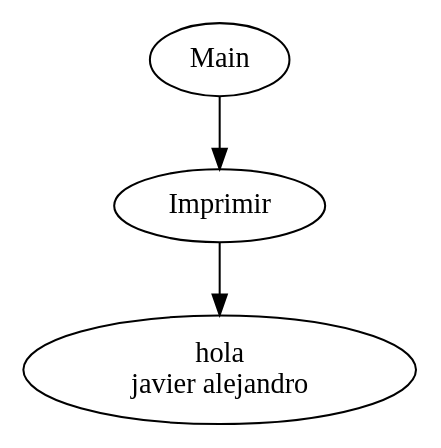
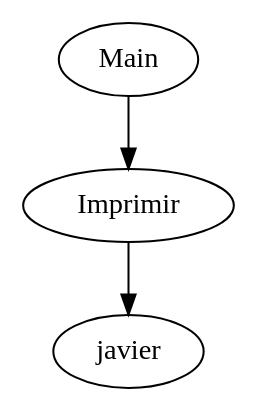
The diagram in Imagenes/AST.gv (JavierGolon/OLC2_Proyecto1), drawn with Graphviz before and after one commit. The commit also changed 18 other files, not shown here.

```diff
--- a/Imagenes/AST.gv
+++ b/Imagenes/AST.gv
@@ -1,7 +1,7 @@
 digraph {
 	A [label=Main]
 	1 [label=Imprimir]
 	A -> 1
-	2 [label="hola \n javier alejandro "]
+	2 [label=javier]
 	1 -> 2
 }
```
